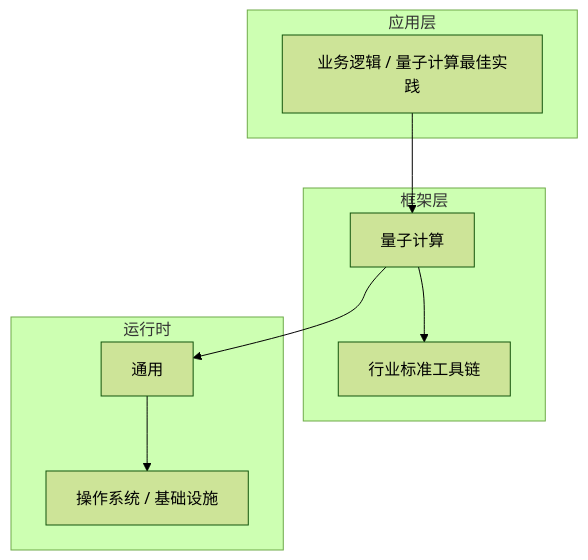
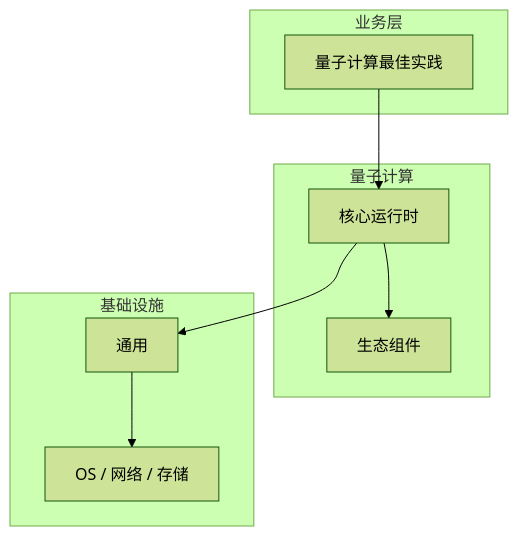
Before and after one commit to yanggan2015/knowledge-json-v2: the diagram in articles/量子计算/chapters/047-量子计算最佳实践核心概念与原理.md, drawn with Mermaid (forest theme). The commit also changed other lines of this file and 10127 other files, not shown here.

````diff
--- a/articles/量子计算/chapters/047-量子计算最佳实践核心概念与原理.md
+++ b/articles/量子计算/chapters/047-量子计算最佳实践核心概念与原理.md
@@ -45,18 +34,18 @@
 ```mermaid
 graph TB
-    subgraph 应用层
-        A[业务逻辑 / 量子计算最佳实践]
+    subgraph 业务层
+        A[量子计算最佳实践]
     end
-    subgraph 框架层
-        B[量子计算]
-        C[行业标准工具链]
+    subgraph 量子计算
+        B[核心运行时]
+        C[生态组件]
     end
-    subgraph 运行时
+    subgraph 基础设施
         D[通用]
-        E[操作系统 / 基础设施]
+        E[OS / 网络 / 存储]
     end
     A --> B
     B --> C
     B --> D
     D --> E
 ```
````
